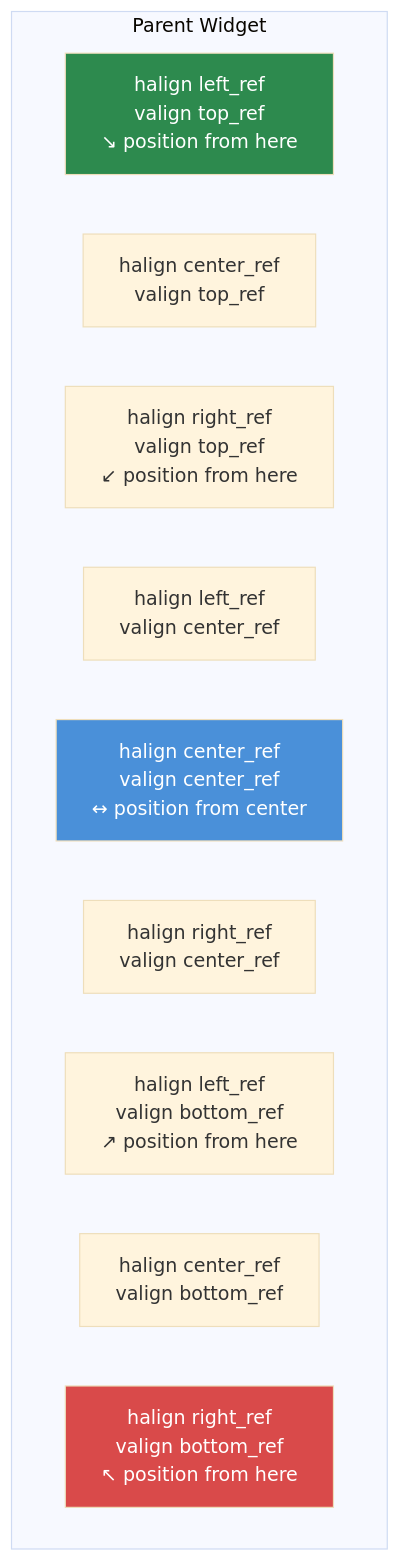
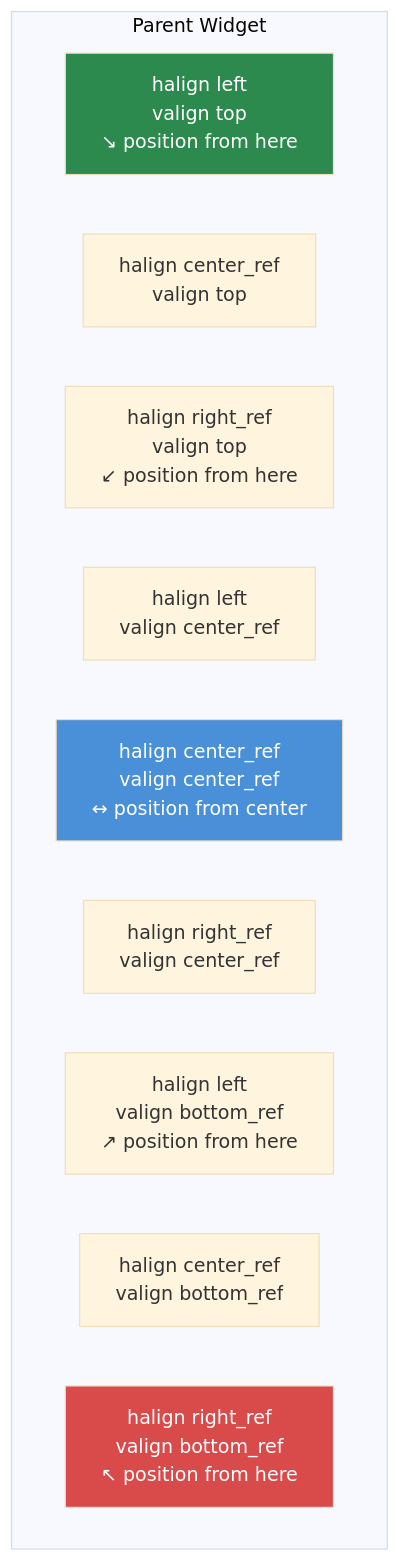
The diagram in en/03-gui-system/03-sizing-positioning.md (Da4EvaN00b/DayZ-Modding-Wiki), drawn with Mermaid (base theme) before and after one commit. The commit also changed other lines of this file and 221 other files, not shown here.

````diff
--- a/en/03-gui-system/03-sizing-positioning.md
+++ b/en/03-gui-system/03-sizing-positioning.md
@@ -129,18 +129,18 @@
 ```mermaid
 graph TD
     subgraph "Parent Widget"
-        TL["halign left_ref<br/>valign top_ref<br/>↘ position from here"]
-        TC["halign center_ref<br/>valign top_ref"]
-        TR["halign right_ref<br/>valign top_ref<br/>↙ position from here"]
-        ML["halign left_ref<br/>valign center_ref"]
+        TL["halign left<br/>valign top<br/>↘ position from here"]
+        TC["halign center_ref<br/>valign top"]
+        TR["halign right_ref<br/>valign top<br/>↙ position from here"]
+        ML["halign left<br/>valign center_ref"]
         MC["halign center_ref<br/>valign center_ref<br/>↔ position from center"]
         MR["halign right_ref<br/>valign center_ref"]
-        BL["halign left_ref<br/>valign bottom_ref<br/>↗ position from here"]
+        BL["halign left<br/>valign bottom_ref<br/>↗ position from here"]
         BC["halign center_ref<br/>valign bottom_ref"]
         BR["halign right_ref<br/>valign bottom_ref<br/>↖ position from here"]
     end
 
     style MC fill:#4A90D9,color:#fff
     style TL fill:#2D8A4E,color:#fff
     style BR fill:#D94A4A,color:#fff
 ```
````
